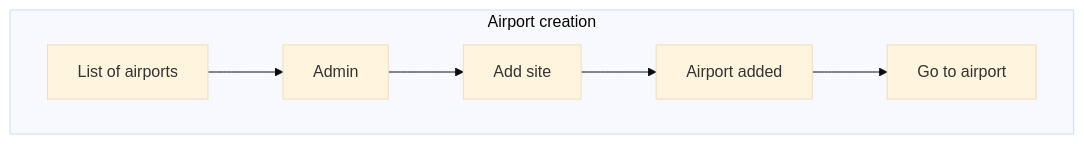
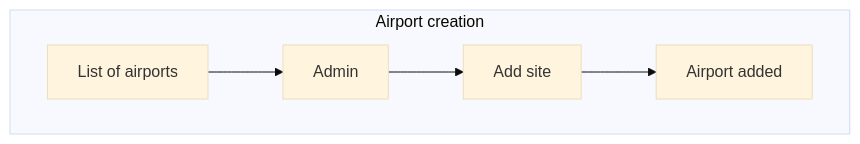
Before and after one commit to cbou/park-aero-test: the diagram in documentation/workflows/airport-creation.mmd, drawn with Mermaid (base theme).

Commit message:
Update workflow

```diff
--- a/documentation/workflows/airport-creation.mmd
+++ b/documentation/workflows/airport-creation.mmd
@@ -1,13 +1,11 @@
 flowchart TB
     subgraph AC[Airport creation]
         A[List of airports]
         B[Admin]
         C[Add site]
         D[Airport added]
-        E[Go to airport]
     end
 
     A --> B
     B --> C
     C --> D
-    D --> E
```
